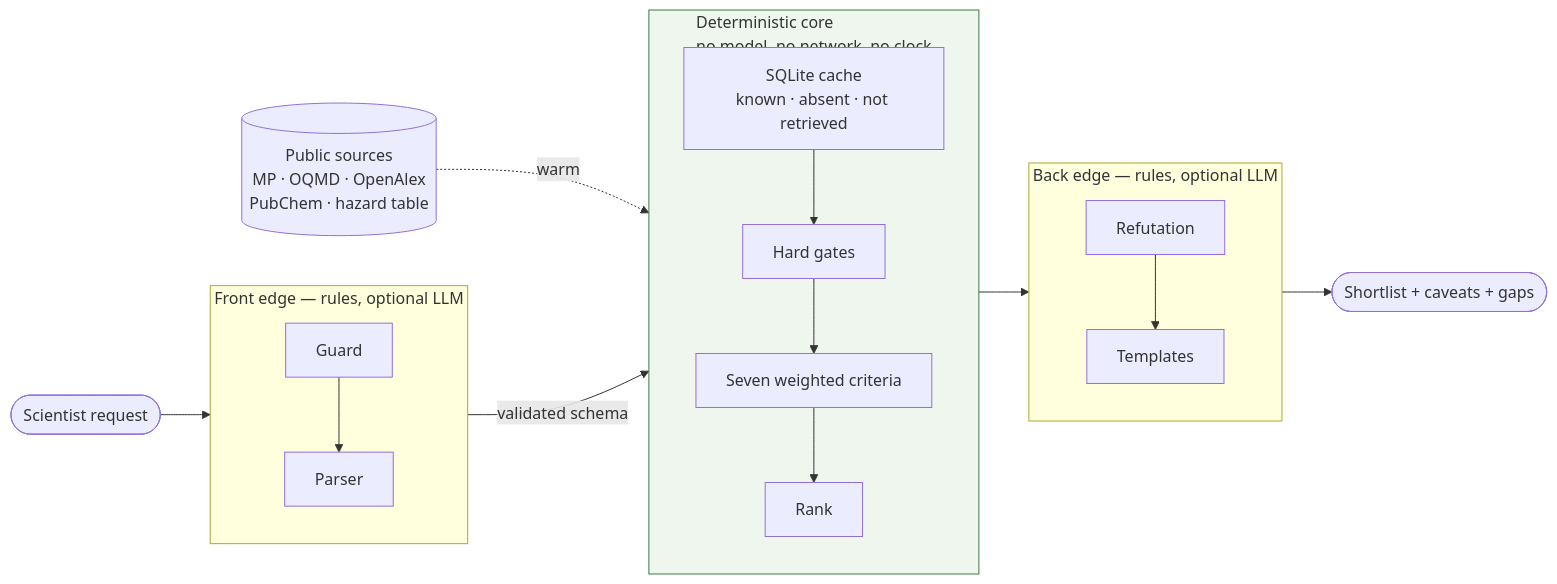
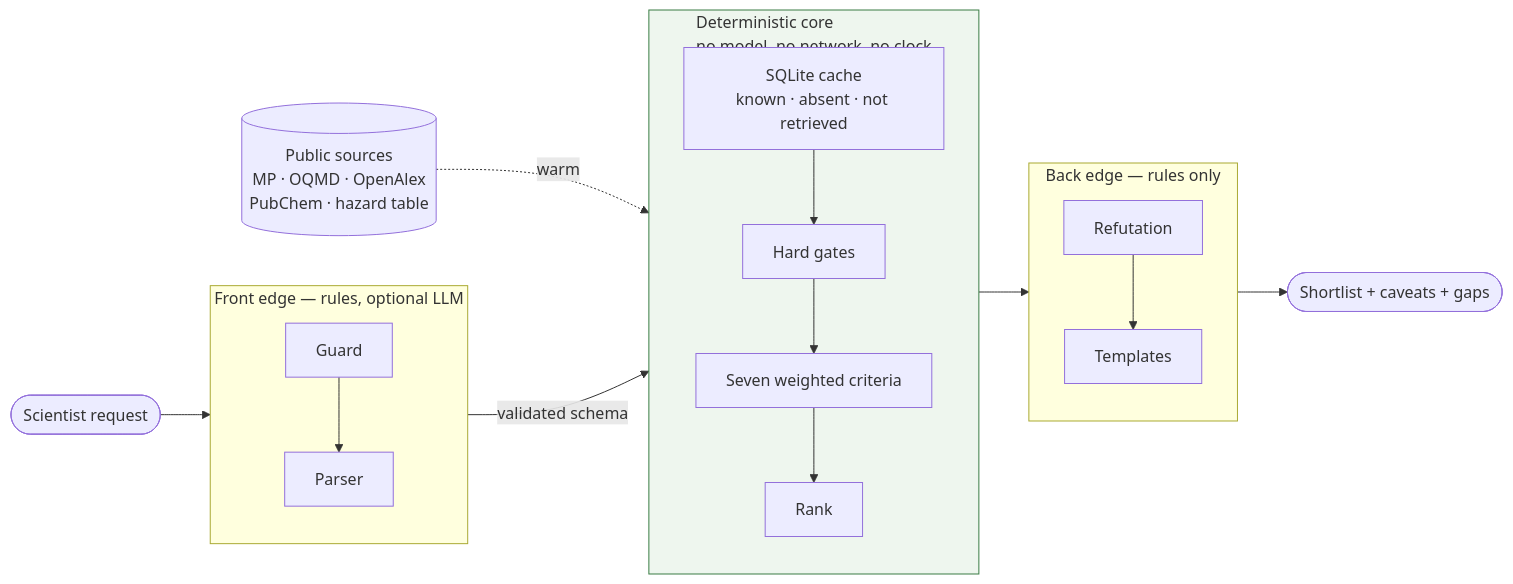
One commit to a-bissell/Oxbow changed the diagram in design-note.md. Above: the diagram before and after it, drawn with Mermaid. The commit also changed other lines of this file and 15 other files, not shown here.

````diff
--- a/design-note.md
+++ b/design-note.md
@@ -15,19 +15,19 @@
 ```mermaid
 flowchart LR
     REQ([Scientist request]) --> FE
     subgraph FE["Front edge — rules, optional LLM"]
         direction TB
         G["Guard"] --> P["Parser"]
     end
     subgraph CORE["Deterministic core<br/>no model, no network, no clock"]
         direction TB
         D["SQLite cache<br/>known · absent · not retrieved"] --> GA["Hard gates"] --> S["Seven weighted criteria"] --> R["Rank"]
     end
-    subgraph BE["Back edge — rules, optional LLM"]
+    subgraph BE["Back edge — rules only"]
         direction TB
         F["Refutation"] --> T["Templates"]
     end
     SRC[("Public sources<br/>MP · OQMD · OpenAlex<br/>PubChem · hazard table")] -.warm.-> D
     FE -->|validated schema| CORE --> BE --> OUT([Shortlist + caveats + gaps])
     style CORE fill:#eef6ee,stroke:#3a7d44
 ```
````
